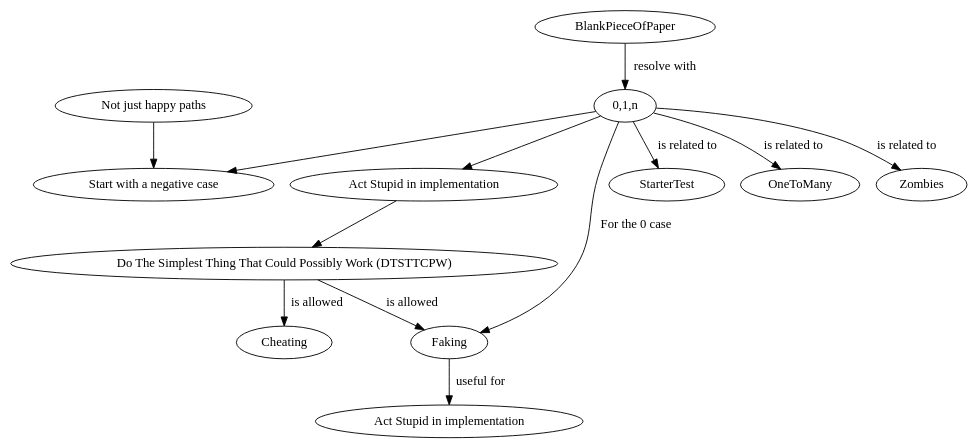
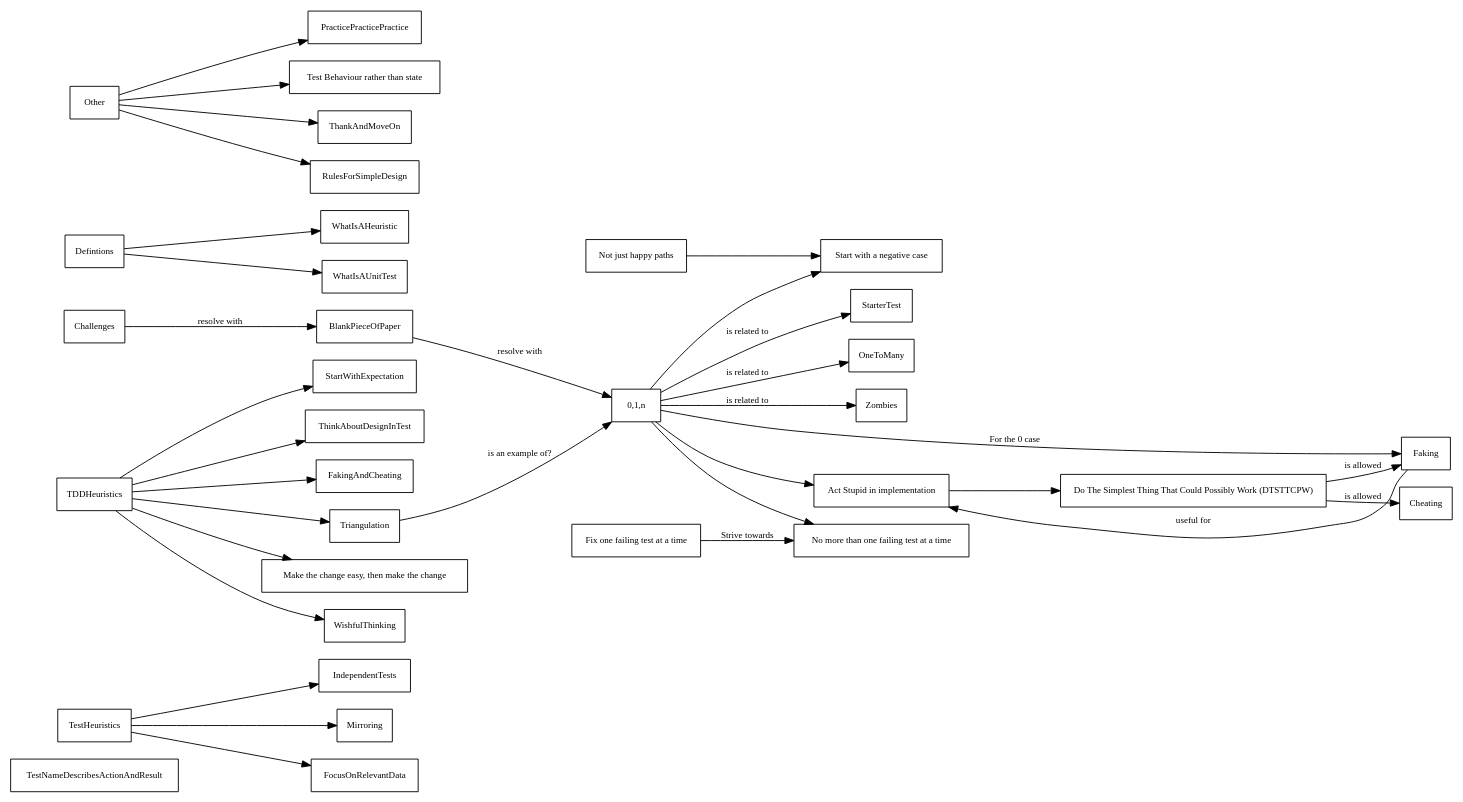
Before and after one commit to qwaneu/qwaneu.github.io: the diagram in _drafts/tdd-heuristics-relations.org, drawn with Graphviz. The commit also changed 1 other file, not shown here.

Commit message:
relations and links

```diff
--- a/_drafts/tdd-heuristics-relations.org
+++ b/_drafts/tdd-heuristics-relations.org
@@ -5,20 +5,54 @@
 #+begin_src dot :file tdd-heuristics-dependencies.png :cmdline -Tpng :exports none
-digraph {
+digraph G {
+  rankdir="LR"
+  graph [fontsize=10 fontname="Verdana"];
+  node [shape=record fontsize=10 fontname="Verdana"];
+  edge [fontsize=10 fontname="Verdana"];
+
+  subgraph TestHeuristics {
+    TestNameDescribesActionAndResult
+    TestHeuristics -> IndependentTests
+    TestHeuristics -> Mirroring
+    TestHeuristics -> FocusOnRelevantData
+  }
   ActStupid [label="Act Stupid in implementation" ]
   ActStupid -> DTSTTCPW
-  Faking ->  "Act Stupid in implementation"  [label="useful for" ]
+  Faking -> ActStupid  [label="useful for" ]
   DTSTTCPW -> Faking [label="is allowed"]
   DTSTTCPW -> Cheating [label="is allowed"]
   DTSTTCPW [label="Do The Simplest Thing That Could Possibly Work (DTSTTCPW)"]
   ZeroOneN [label="0,1,n"]
   ZeroOneN -> Faking [label="For the 0 case"]
   ZeroOneN -> ActStupid
   ZeroOneN -> "Start with a negative case"
   "Not just happy paths" -> "Start with a negative case"
-  BlankPieceOfPaper -> ZeroOneN [label="resolve with"]
+  Challenges -> BlankPieceOfPaper -> ZeroOneN [label="resolve with"]
   ZeroOneN -> StarterTest [label="is related to"]
   ZeroOneN -> OneToMany [label="is related to"]
   ZeroOneN -> Zombies [label="is related to"]
+  Triangulation -> ZeroOneN [label="is an example of?"]
+  TDDHeuristics ->  MakeTheChangeEasy
+  MakeTheChangeEasy [label="Make the change easy, then make the change"]
+  WhatIsAHeuristic
+  OneFailingTestMax [label ="No more than one failing test at a time"]
+  FixOneFailingTestAtATime [label = "Fix one failing test at a time"]
+  ZeroOneN -> OneFailingTestMax
+  FixOneFailingTestAtATime -> OneFailingTestMax [label="Strive towards"]
+  IndependentTests
+  Other -> PracticePracticePractice
+  FocusOnRelevantData
+  WhatIsAUnitTest
+  Defintions -> WhatIsAUnitTest
+  Defintions -> WhatIsAHeuristic
+  Other -> TestBehaviour
+  TestBehaviour [label="Test Behaviour rather than state"]
+  Other -> ThankAndMoveOn
+  Other -> RulesForSimpleDesign
+  TDDHeuristics -> WishfulThinking
+  TDDHeuristics -> StartWithExpectation
+  TDDHeuristics -> ThinkAboutDesignInTest
+  TDDHeuristics -> Triangulation
+  TDDHeuristics -> FakingAndCheating
 }
 
 #+end_src
```
